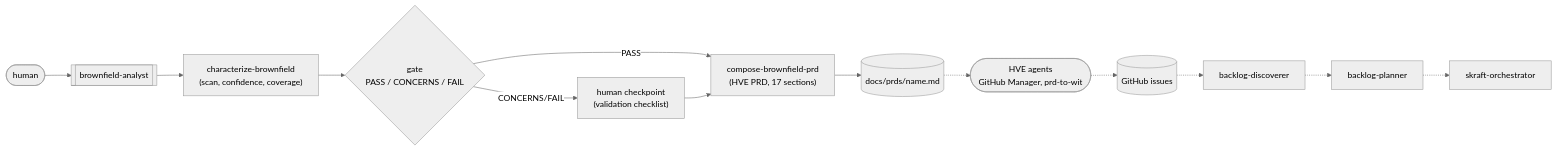
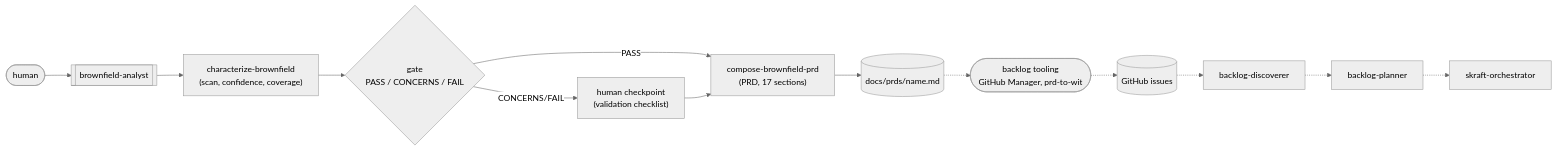
Before and after one commit to SebastienDegodez/skraft-plugin: the first of 3 diagrams in docs/site/en/explanation/brownfield.md, drawn with Mermaid (neutral theme). The commit also changed other lines of this file and 27 other files, not shown here.

````diff
--- a/docs/site/en/explanation/brownfield.md
+++ b/docs/site/en/explanation/brownfield.md
@@ -51,15 +51,15 @@
 ```mermaid
 flowchart LR
     H(["human"]) --> BA[["brownfield-analyst"]]
     BA --> CB["characterize-brownfield<br/>(scan, confidence, coverage)"]
     CB --> G{"gate<br/>PASS / CONCERNS / FAIL"}
     G -->|CONCERNS/FAIL| CHK["human checkpoint<br/>(validation checklist)"]
-    G -->|PASS| CP["compose-brownfield-prd<br/>(HVE PRD, 17 sections)"]
+    G -->|PASS| CP["compose-brownfield-prd<br/>(PRD, 17 sections)"]
     CHK --> CP
     CP --> PRD[("docs/prds/name.md")]
-    PRD -.-> HVE(["HVE agents<br/>GitHub Manager, prd-to-wit"])
-    HVE -.-> ISSUES[("GitHub issues")]
+    PRD -.-> BLT(["backlog tooling<br/>GitHub Manager, prd-to-wit"])
+    BLT -.-> ISSUES[("GitHub issues")]
     ISSUES -.-> BD["backlog-discoverer"]
     BD -.-> BP["backlog-planner"]
     BP -.-> ORCH["skraft-orchestrator"]
 ```
````
